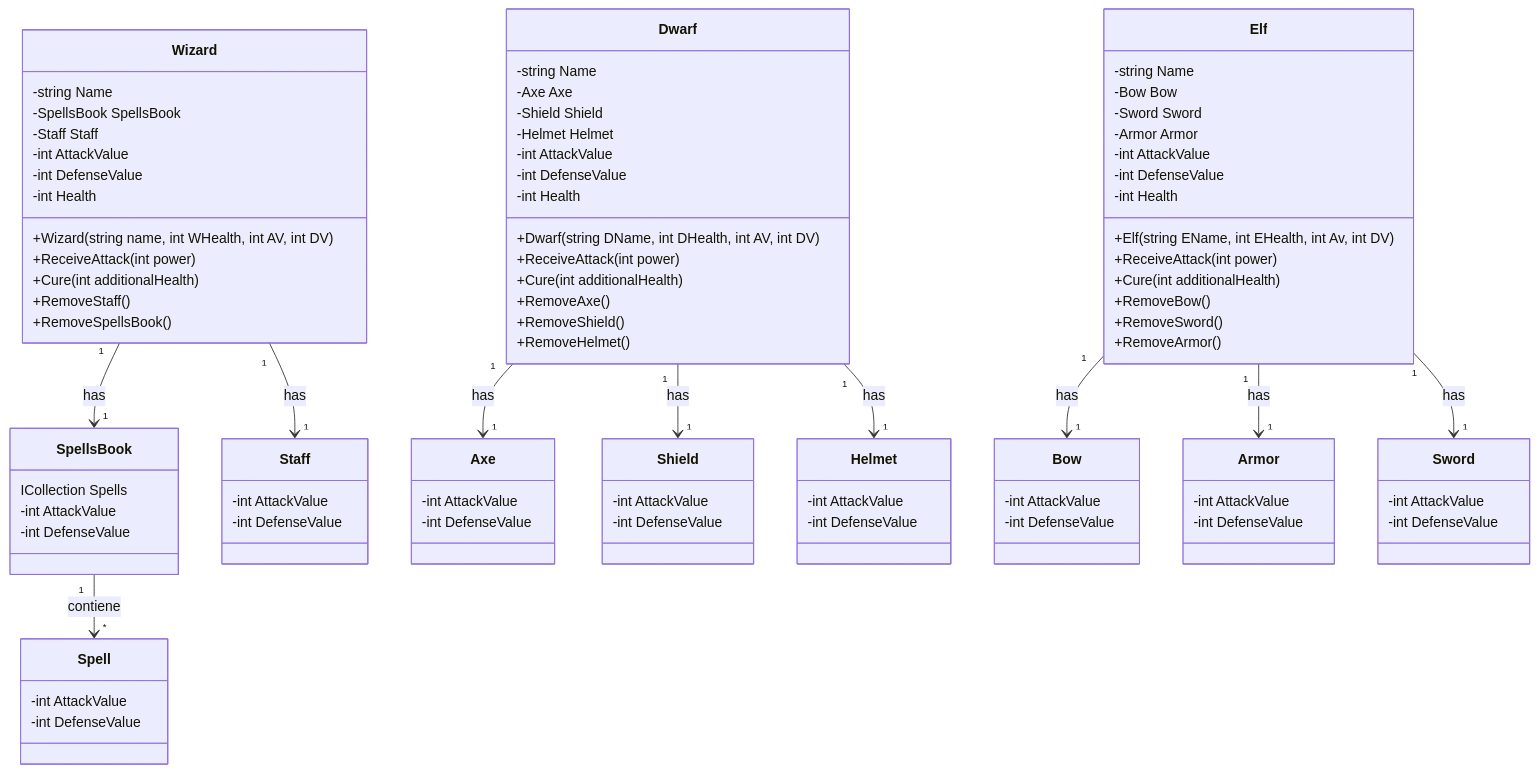
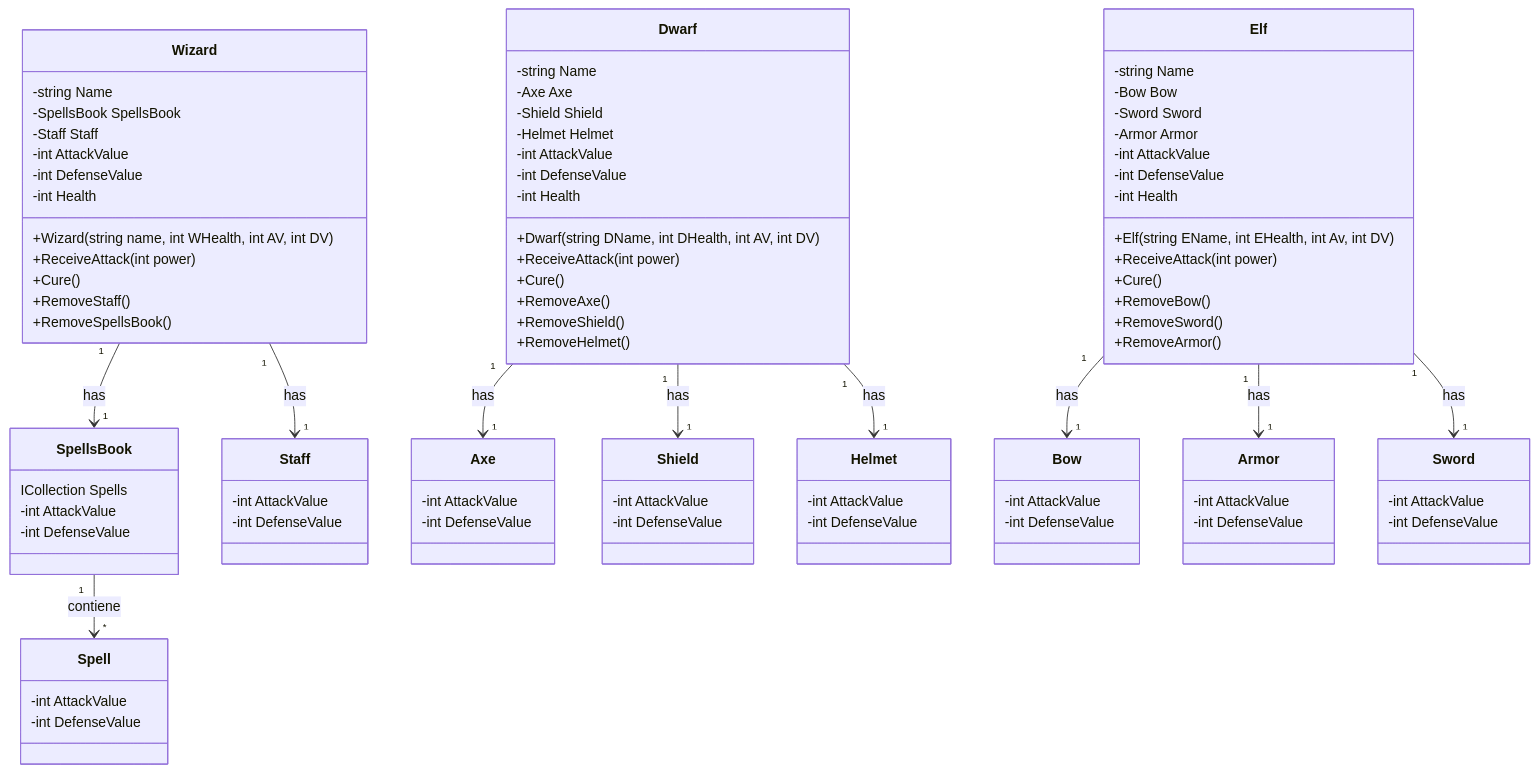
One commit to Franloc/PII_RoleplayGame_1_Start changed the diagram in DIAGRAM.md. Above: the diagram before and after it, drawn with Mermaid.

```diff
--- a/DIAGRAM.md
+++ b/DIAGRAM.md
@@ -35,7 +35,7 @@
       -int Health
       +Wizard(string name, int WHealth, int AV, int DV)
       +ReceiveAttack(int power)
-      +Cure(int additionalHealth)
+      +Cure()
       +RemoveStaff()
       +RemoveSpellsBook()
     }
@@ -51,7 +51,7 @@
       -int Health
       +Dwarf(string DName, int DHealth, int AV, int DV)
       +ReceiveAttack(int power)
-      +Cure(int additionalHealth)
+      +Cure()
       +RemoveAxe()
       +RemoveShield()
       +RemoveHelmet()
@@ -68,7 +68,7 @@
       -int Health
       +Elf(string EName, int EHealth, int Av, int DV)
       +ReceiveAttack(int power)
-      +Cure(int additionalHealth)
+      +Cure()
       +RemoveBow()
       +RemoveSword()
       +RemoveArmor()
```
